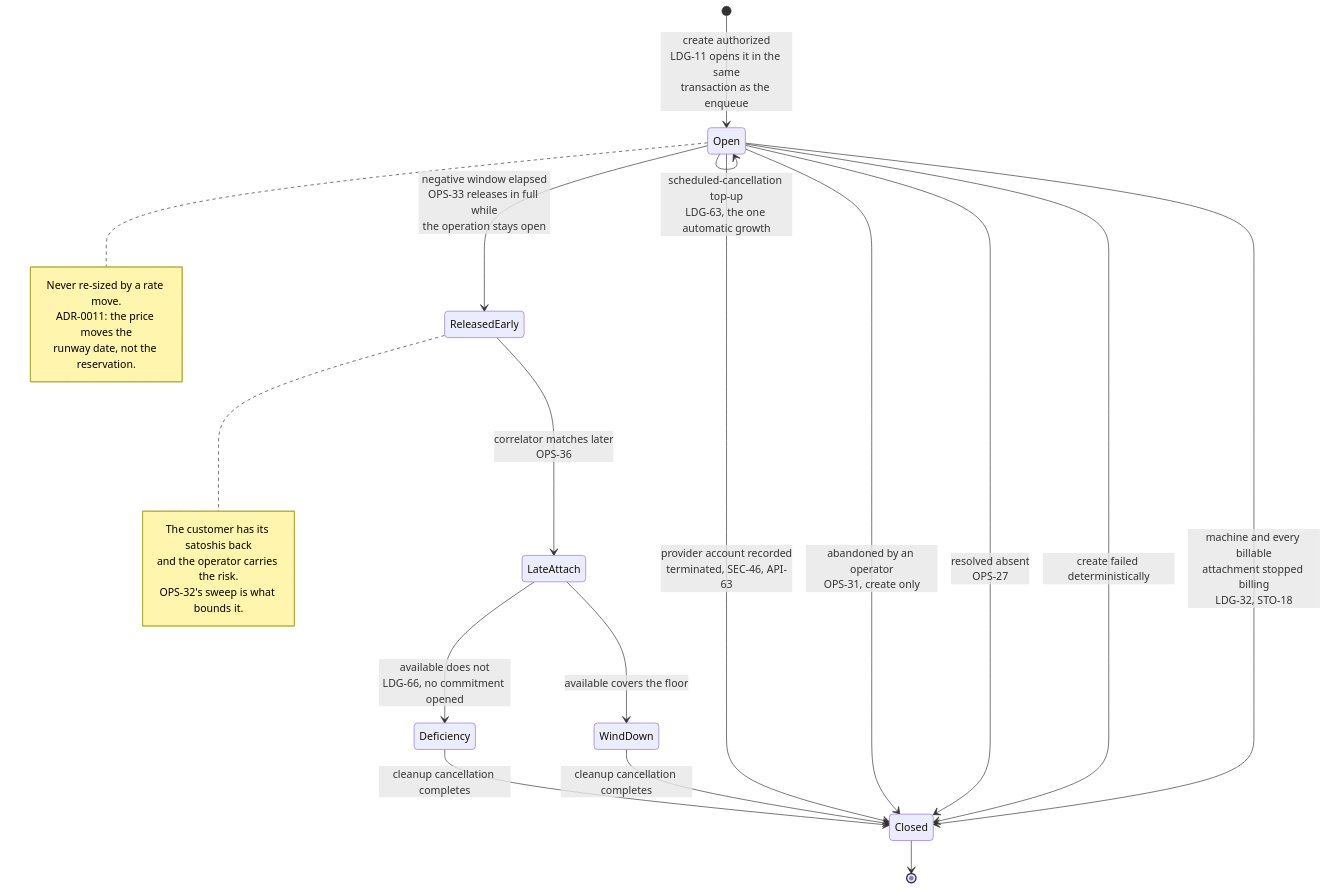
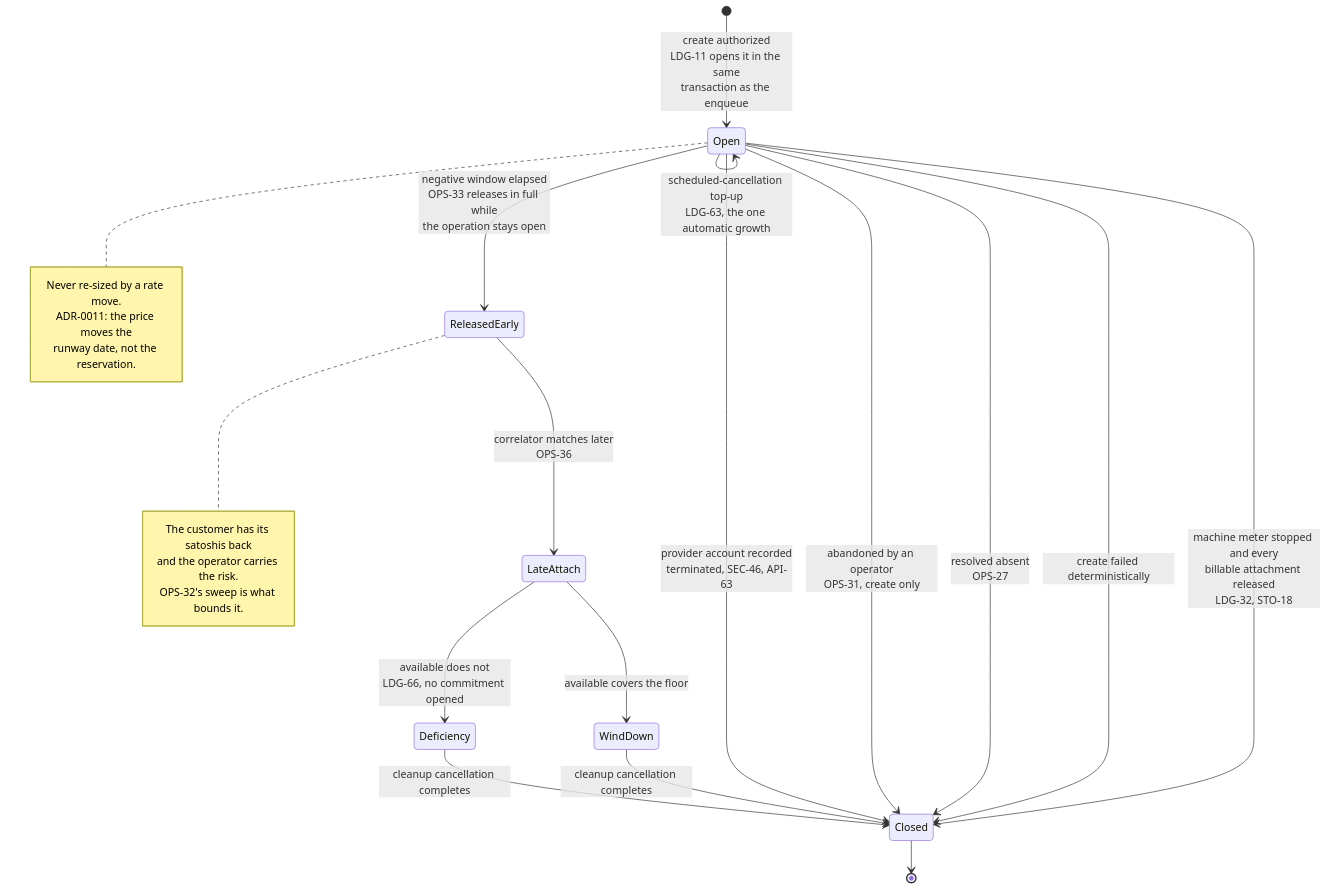
The diagram in 12-billing-and-ledger.md (douglaz/provisiond), drawn with Mermaid before and after one commit. The commit also changed other lines of this file and 181 other files, not shown here.

````diff
--- a/12-billing-and-ledger.md
+++ b/12-billing-and-ledger.md
@@ -174,36 +183,36 @@
 ```mermaid
 stateDiagram-v2
     direction TB
     [*] --> Open : create authorized<br/>LDG-11 opens it in the same<br/>transaction as the enqueue
 
     Open --> Open : usage_debit posted<br/>LDG-31 decrements by the same<br/>amount, same transaction
     Open --> Open : extend-runway<br/>LDG-62, caller action, fenced by OPS-42
     Open --> Open : scheduled-cancellation top-up<br/>LDG-63, the one automatic growth
 
-    Open --> Closed : machine and every billable<br/>attachment stopped billing<br/>LDG-32, STO-18
+    Open --> Closed : machine meter stopped and every<br/>billable attachment released<br/>LDG-32, STO-18
     Open --> Closed : create failed deterministically
     Open --> Closed : resolved absent<br/>OPS-27
     Open --> Closed : abandoned by an operator<br/>OPS-31, create only
     Open --> Closed : provider account recorded<br/>terminated, SEC-46, API-63
     Open --> ReleasedEarly : negative window elapsed<br/>OPS-33 releases in full while<br/>the operation stays open
 
     ReleasedEarly --> LateAttach : correlator matches later<br/>OPS-36
     LateAttach --> WindDown : available covers the floor
     LateAttach --> Deficiency : available does not<br/>LDG-66, no commitment opened
     WindDown --> Closed : cleanup cancellation completes
     Deficiency --> Closed : cleanup cancellation completes
 
     Closed --> [*]
 
     note right of Open
         Never re-sized by a rate move.
         ADR-0011: the price moves the
         runway date, not the reservation.
     end note
 
     note right of ReleasedEarly
         The customer has its satoshis back
         and the operator carries the risk.
         OPS-32's sweep is what bounds it.
     end note
 ```
````
